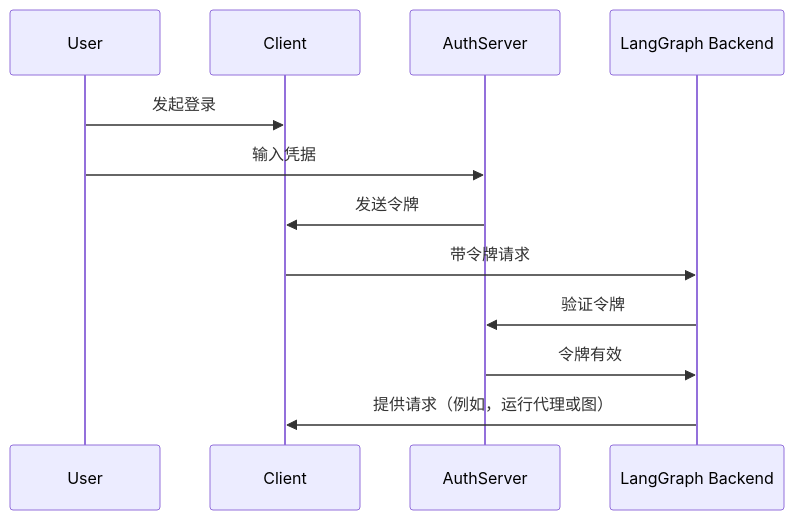
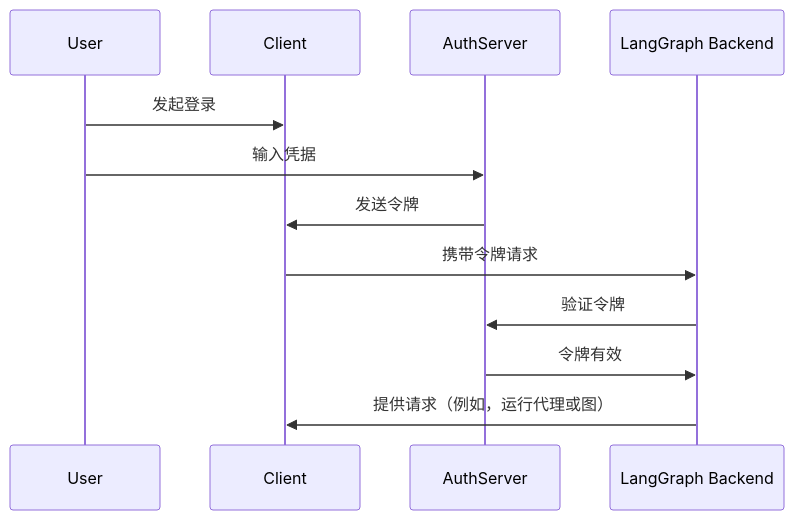
Before and after one commit to woniu9524/langgraph: the diagram in docs/docs/tutorials/auth/add_auth_server.md, drawn with Mermaid. The commit also changed other lines of this file and 123 other files, not shown here.

````diff
--- a/docs/docs/tutorials/auth/add_auth_server.md
+++ b/docs/docs/tutorials/auth/add_auth_server.md
@@ -22,15 +27,15 @@
 ```mermaid
 sequenceDiagram
     participant User
     participant Client
     participant AuthServer
     participant LangGraph Backend
 
     User->>Client: 发起登录
     User->>AuthServer: 输入凭据
     AuthServer->>Client: 发送令牌
-    Client->>LangGraph Backend: 带令牌请求
+    Client->>LangGraph Backend: 携带令牌请求
     LangGraph Backend->>AuthServer: 验证令牌
     AuthServer->>LangGraph Backend: 令牌有效
     LangGraph Backend->>Client: 提供请求（例如，运行代理或图）
 ```
````
